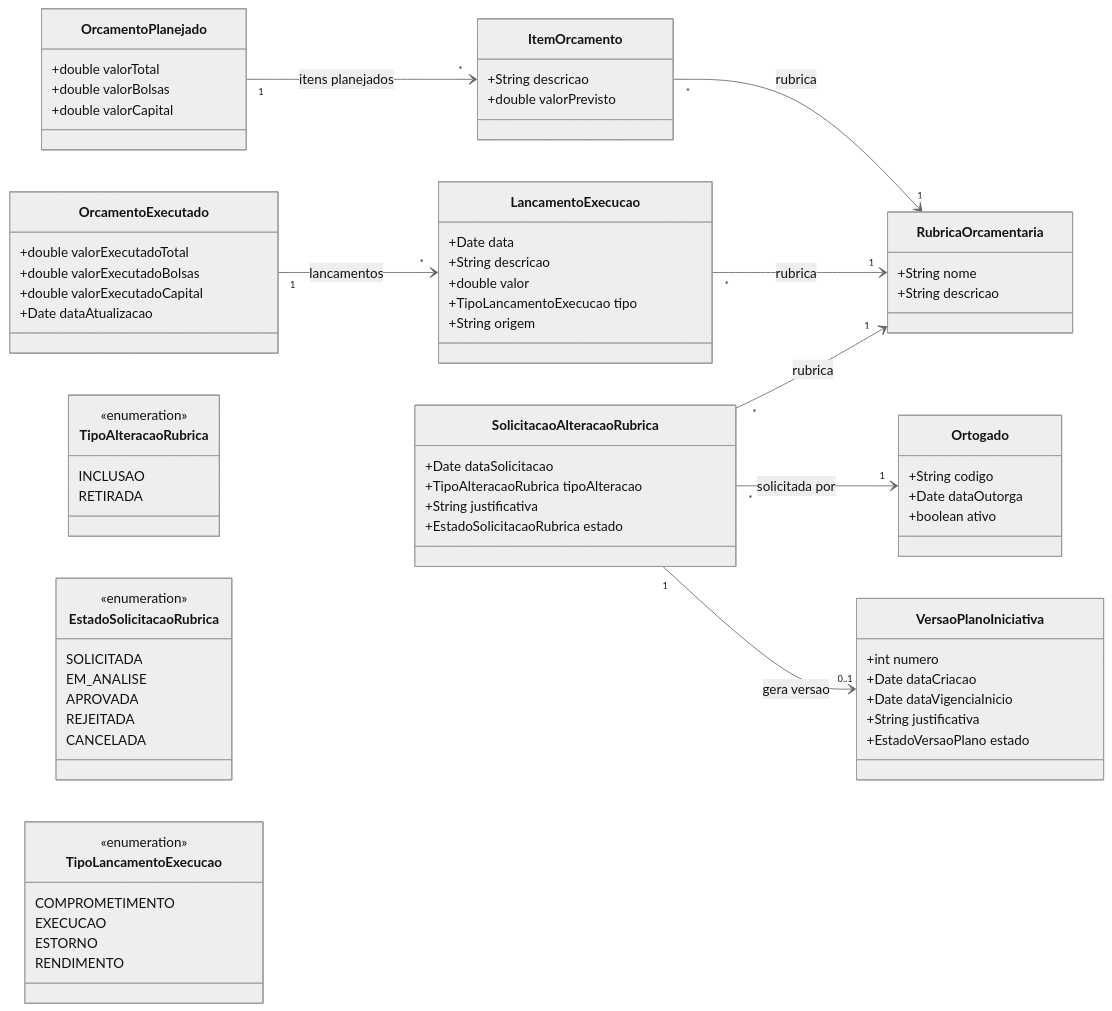
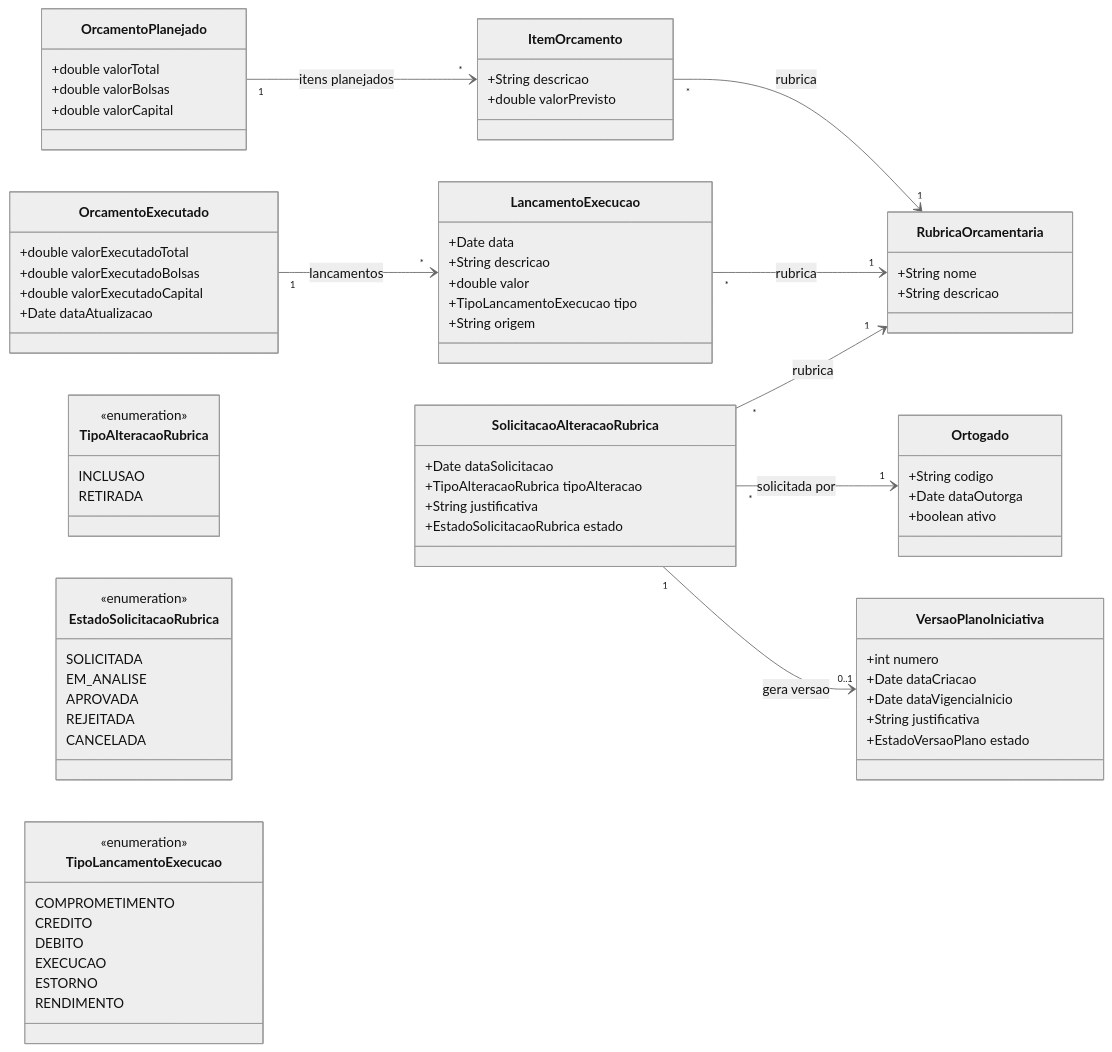
Before and after one commit to Czzped/conecta-fapes-teste: the fourth of 6 diagrams in docs/implementation/modules/M003-gestao-iniciativas-captadas/modelo-estrutural.md, drawn with Mermaid (neutral theme). The commit also changed other lines of this file and 42 other files, not shown here.

```diff
--- a/docs/implementation/modules/M003-gestao-iniciativas-captadas/modelo-estrutural.md
+++ b/docs/implementation/modules/M003-gestao-iniciativas-captadas/modelo-estrutural.md
@@ -291,6 +564,8 @@
     class TipoLancamentoExecucao {
         <<enumeration>>
         COMPROMETIMENTO
+        CREDITO
+        DEBITO
         EXECUCAO
         ESTORNO
         RENDIMENTO
```
